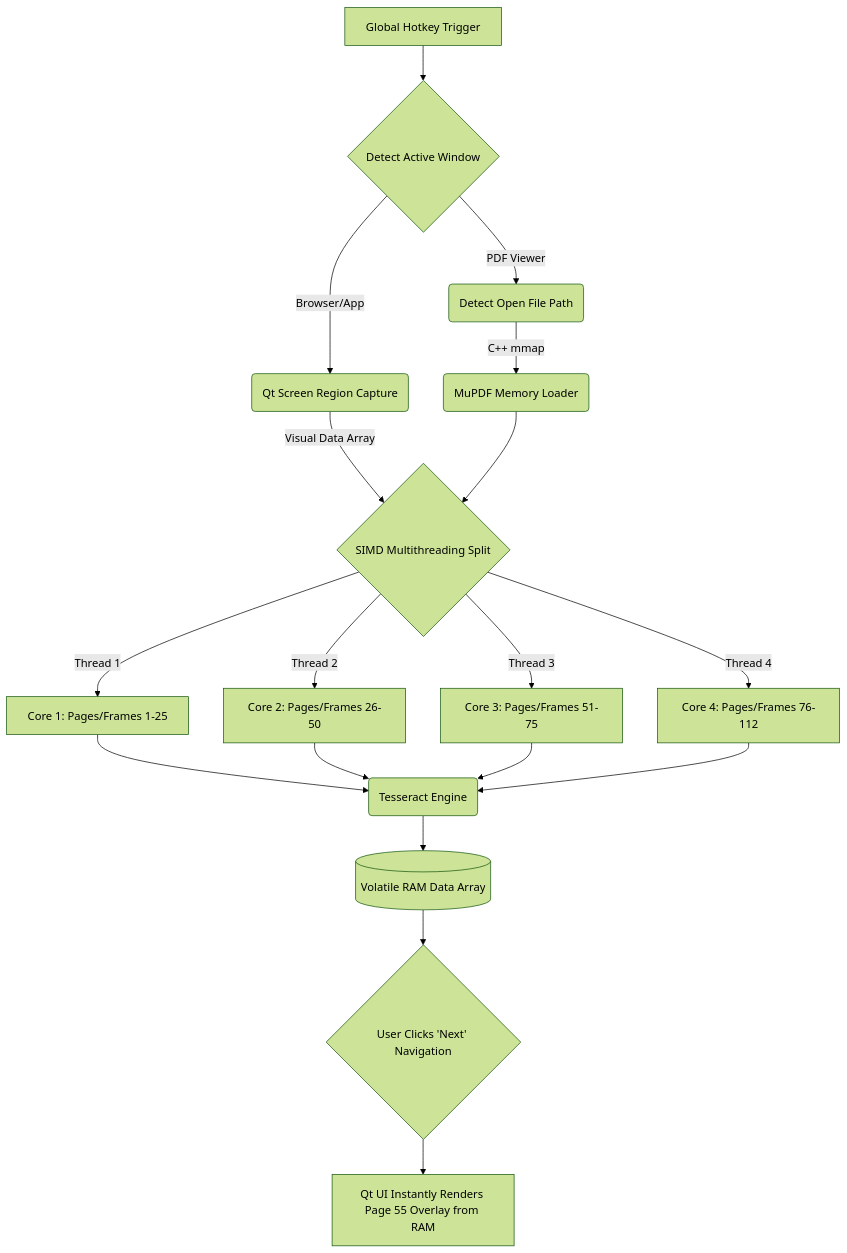
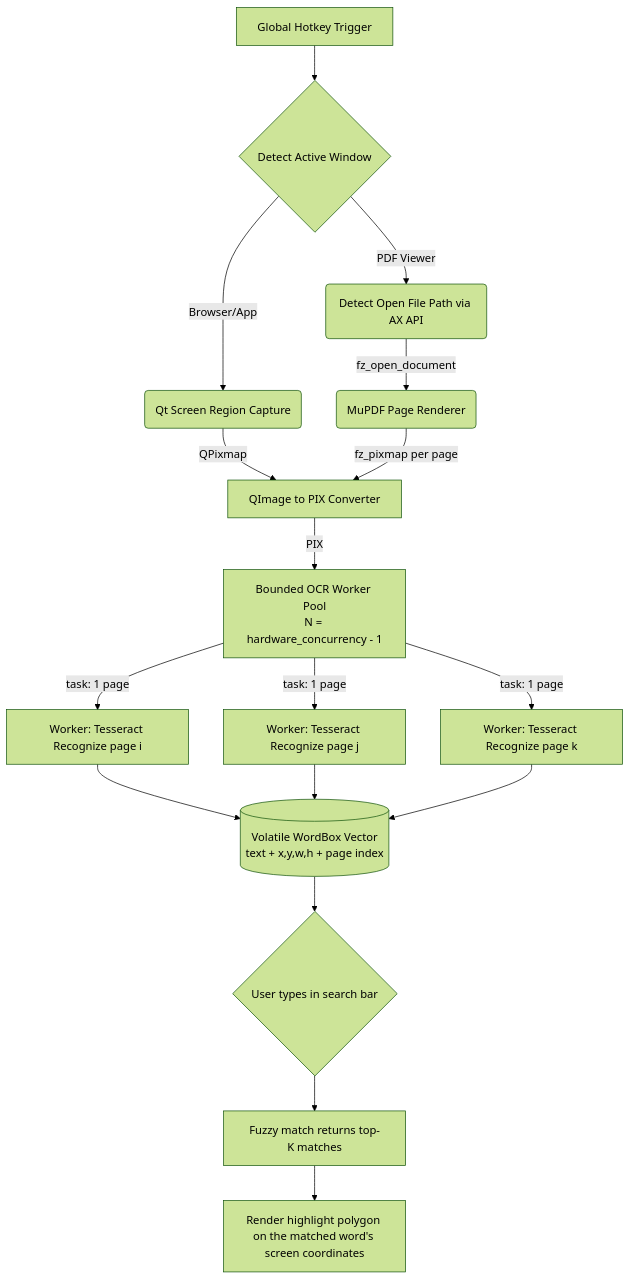
Before and after one commit to Ethan-da-Tech-Wizard/igi: the first of 2 diagrams in docs/PIPELINE_DIAGRAMS.md, drawn with Mermaid (forest theme). The commit also changed other lines of this file and 4 other files, not shown here.

````diff
--- a/docs/PIPELINE_DIAGRAMS.md
+++ b/docs/PIPELINE_DIAGRAMS.md
@@ -20,20 +29,21 @@
 ```mermaid
 flowchart TD
     A[Global Hotkey Trigger] --> B{Detect Active Window}
     B -->|Browser/App| C1(Qt Screen Region Capture)
-    B -->|PDF Viewer| C2(Detect Open File Path)
-    
-    C1 -->|Visual Data Array| D{SIMD Multithreading Split}
-    C2 -->|C++ mmap| C3(MuPDF Memory Loader)
-    C3 --> D
-    D -->|Thread 1| D1[Core 1: Pages/Frames 1-25]
-    D -->|Thread 2| D2[Core 2: Pages/Frames 26-50]
-    D -->|Thread 3| D3[Core 3: Pages/Frames 51-75]
-    D -->|Thread 4| D4[Core 4: Pages/Frames 76-112]
-    
-    D1 & D2 & D3 & D4 --> E(Tesseract Engine)
-    E --> F[(Volatile RAM Data Array)]
-    
-    F --> G{User Clicks 'Next' Navigation}
-    G --> H[Qt UI Instantly Renders Page 55 Overlay from RAM]
+    B -->|PDF Viewer| C2(Detect Open File Path via AX API)
+
+    C1 -->|QPixmap| F[QImage to PIX Converter]
+    C2 -->|fz_open_document| C3(MuPDF Page Renderer)
+    C3 -->|fz_pixmap per page| F
+
+    F -->|PIX| Q[Bounded OCR Worker Pool<br/>N = hardware_concurrency - 1]
+    Q -->|task: 1 page| W1[Worker: Tesseract Recognize page i]
+    Q -->|task: 1 page| W2[Worker: Tesseract Recognize page j]
+    Q -->|task: 1 page| W3[Worker: Tesseract Recognize page k]
+
+    W1 & W2 & W3 --> R[(Volatile WordBox Vector<br/>text + x,y,w,h + page index)]
+
+    R --> G{User types in search bar}
+    G --> H[Fuzzy match returns top-K matches]
+    H --> J[Render highlight polygon on the matched word's screen coordinates]
 ```
````
